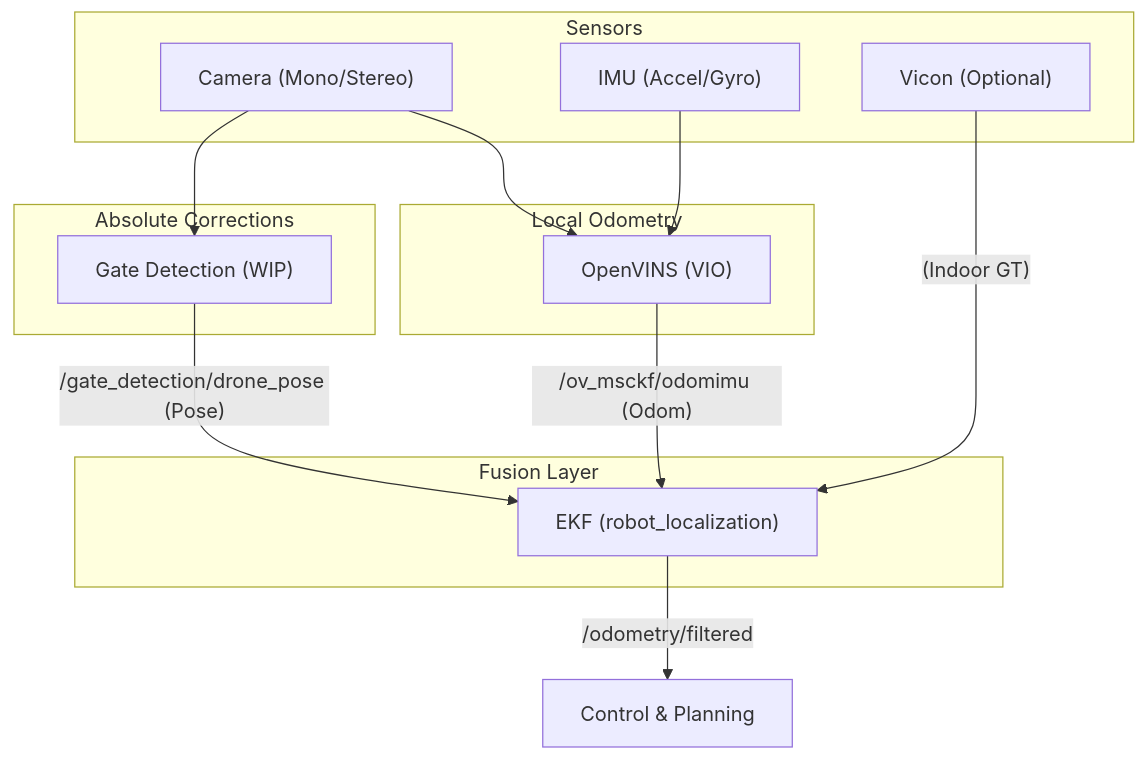
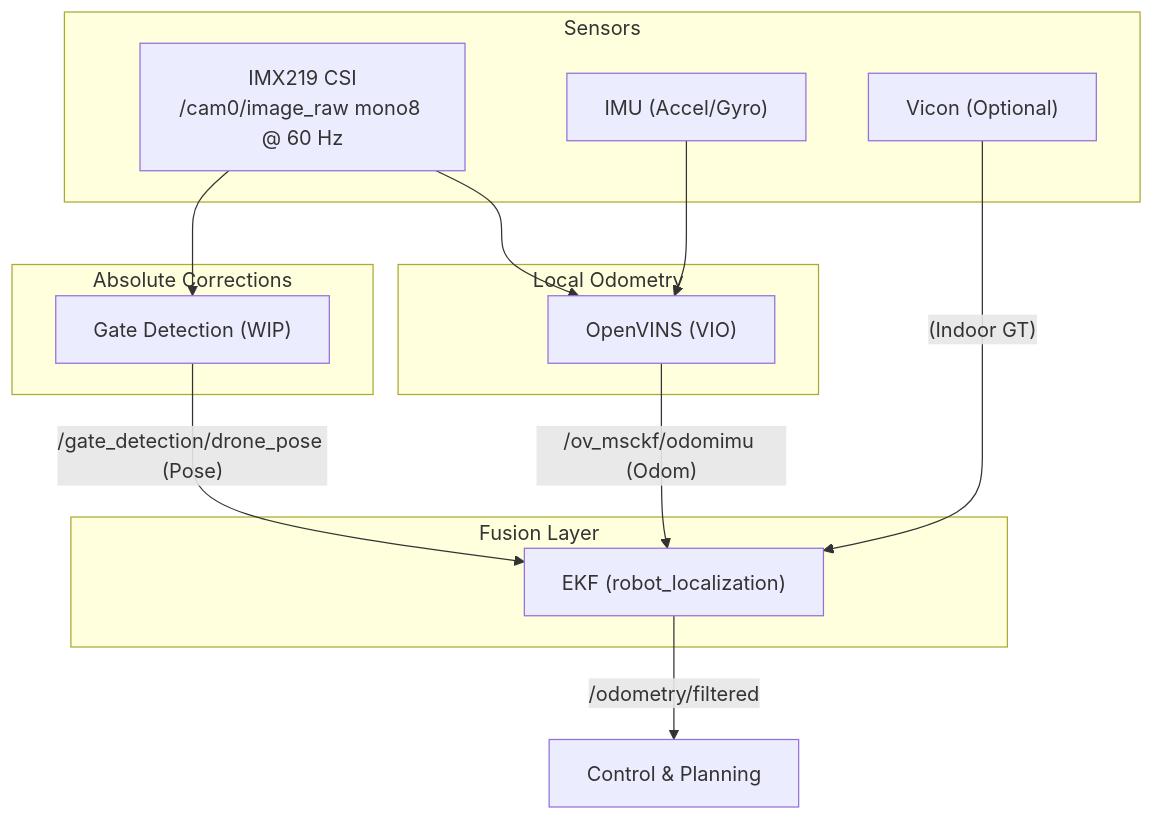
The diagram in docs/docs/perception/index.md (ETHRoboticsClub/ETHRC-Drone-Racing), drawn with Mermaid before and after one commit. The commit also changed other lines of this file and 34 other files, not shown here.

````diff
--- a/docs/docs/perception/index.md
+++ b/docs/docs/perception/index.md
@@ -9,32 +9,32 @@
 ```mermaid
 graph TD
     subgraph Sensors
-        Cam["Camera (Mono/Stereo)"]
+        Cam["IMX219 CSI<br/>/cam0/image_raw mono8 @ 60 Hz"]
         IMU["IMU (Accel/Gyro)"]
         Vicon["Vicon (Optional)"]
     end
 
     subgraph "Local Odometry"
         VIO["OpenVINS (VIO)"]
     end
 
     subgraph "Absolute Corrections"
         Gate["Gate Detection (WIP)"]
     end
 
     subgraph "Fusion Layer"
         EKF["EKF (robot_localization)"]
     end
 
     Cam --> VIO
     IMU --> VIO
     VIO -->|"/ov_msckf/odomimu (Odom)"| EKF
     
     Cam --> Gate
     Gate -->|"/gate_detection/drone_pose (Pose)"| EKF
     
     
     Vicon -->|"(Indoor GT)"| EKF
     
     EKF -->|"/odometry/filtered"| Control["Control & Planning"]
 ```
````
